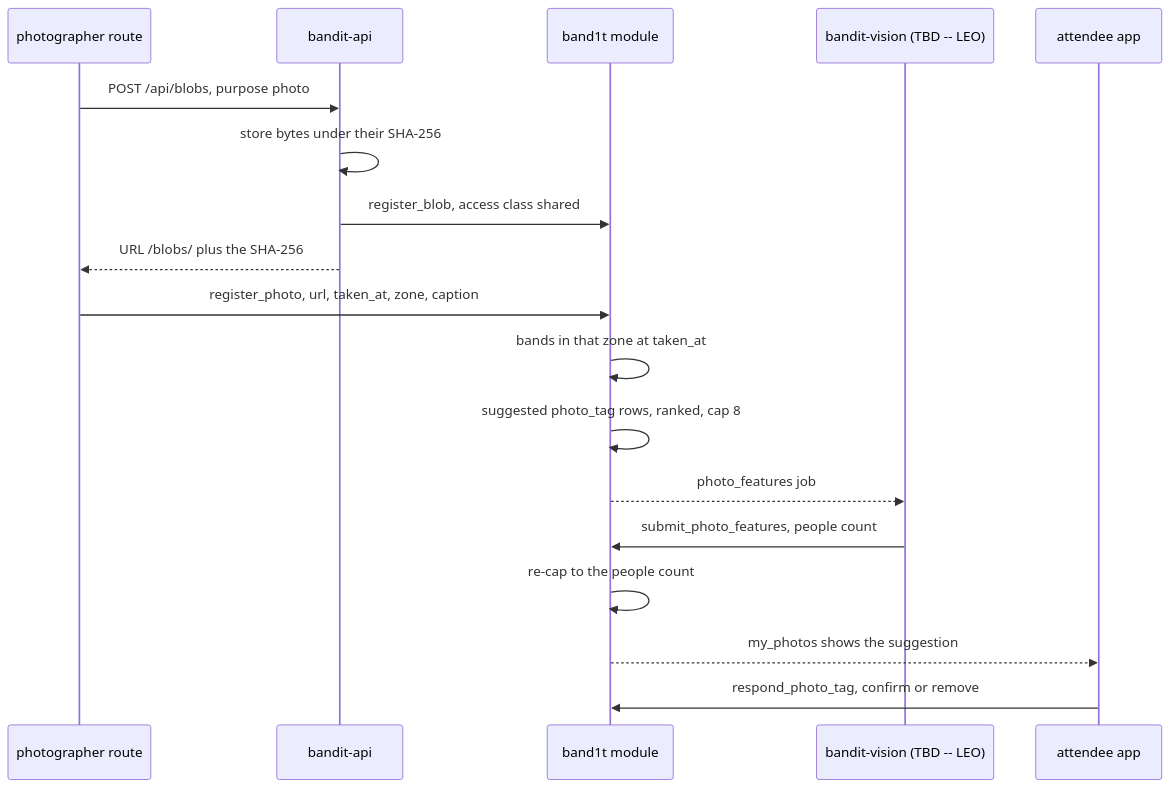
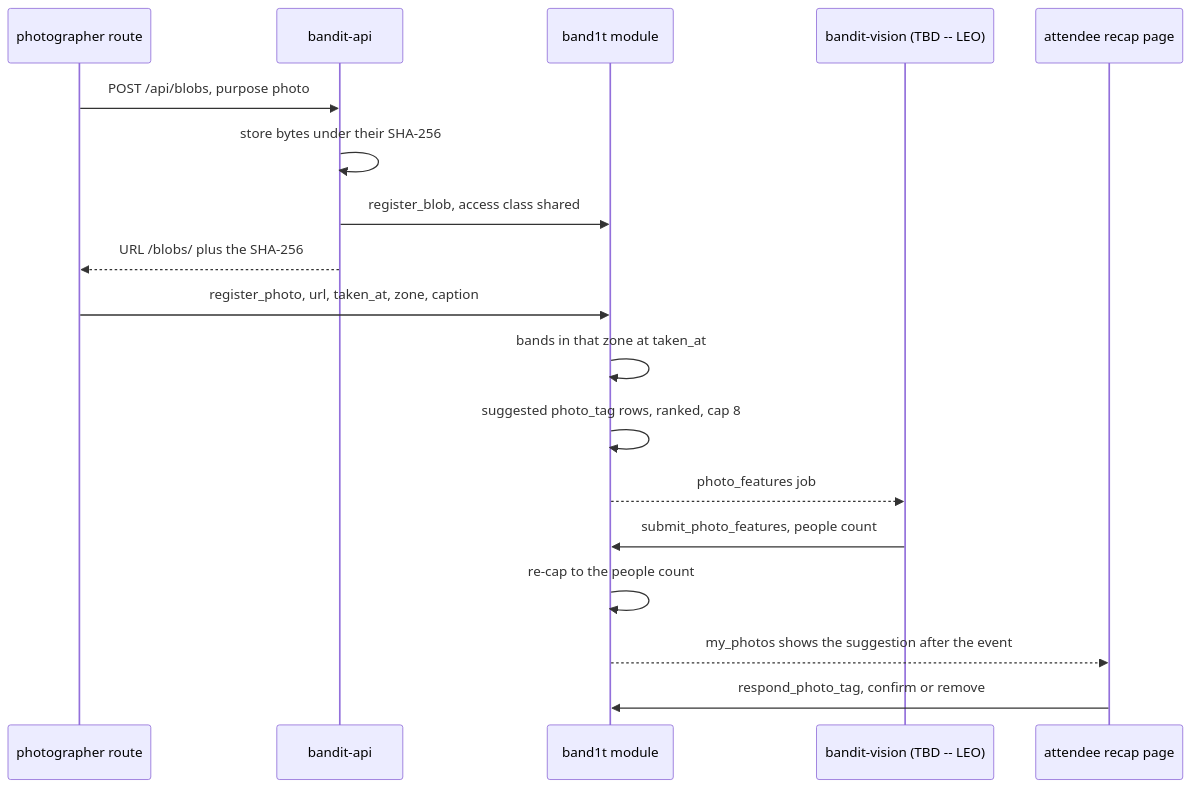
The third of 3 diagrams in System Design/6-features/Social.md (viktorinkov/cal-hacks-13), drawn with Mermaid before and after one commit. The commit also changed other lines of this file and 19 other files, not shown here.

Commit message:
Attendee page is band setup, wallet step, then thank-you

````diff
--- a/System Design/6-features/Social.md
+++ b/System Design/6-features/Social.md
@@ -180,20 +180,20 @@
 ```mermaid
 sequenceDiagram
     participant PH as photographer route
     participant API as bandit-api
     participant M as band1t module
     participant V as bandit-vision (TBD -- LEO)
-    participant AT as attendee app
+    participant AT as attendee recap page
     PH->>API: POST /api/blobs, purpose photo
     API->>API: store bytes under their SHA-256
     API->>M: register_blob, access class shared
     API-->>PH: URL /blobs/ plus the SHA-256
     PH->>M: register_photo, url, taken_at, zone, caption
     M->>M: bands in that zone at taken_at
     M->>M: suggested photo_tag rows, ranked, cap 8
     M-->>V: photo_features job
     V->>M: submit_photo_features, people count
     M->>M: re-cap to the people count
-    M-->>AT: my_photos shows the suggestion
+    M-->>AT: my_photos shows the suggestion after the event
     AT->>M: respond_photo_tag, confirm or remove
 ```
````
